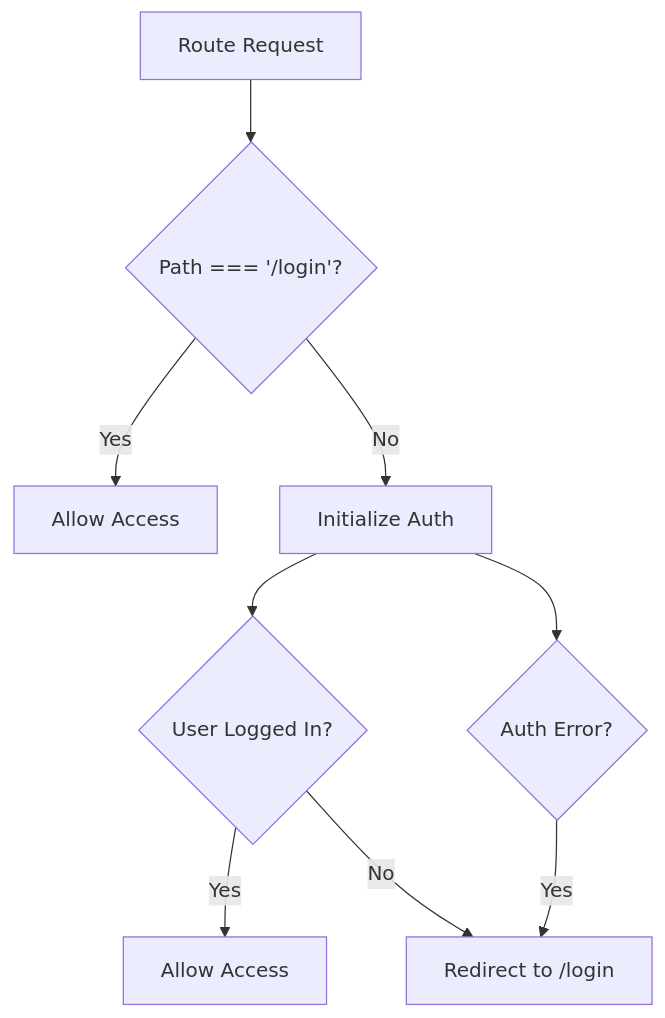
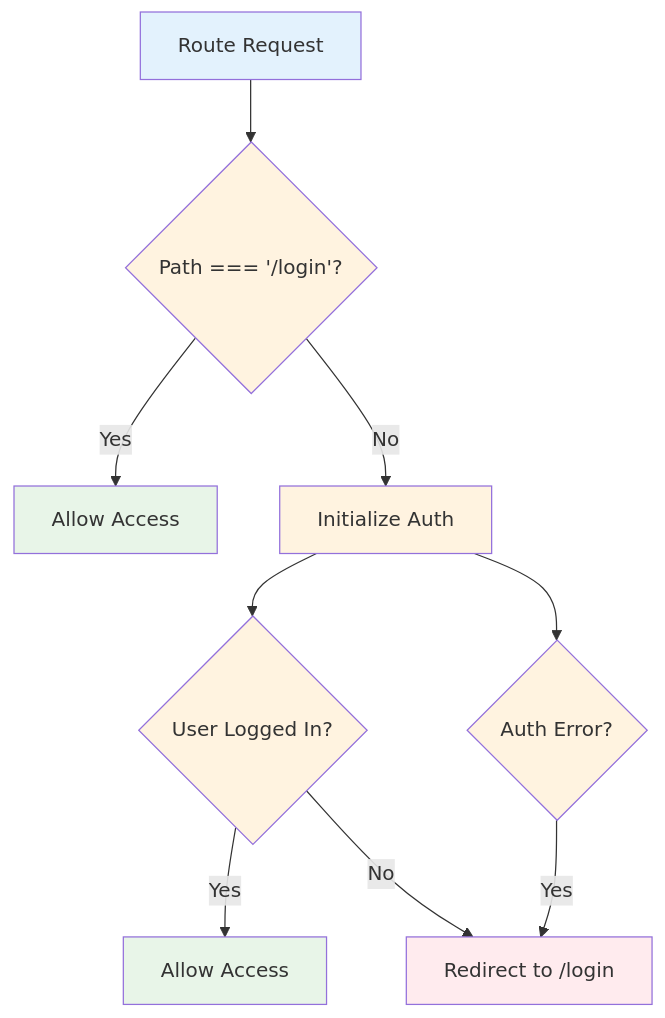
The fourth of 8 diagrams in docs/routing-configuration.md (simonMoon83/nuxttest), drawn with Mermaid before and after one commit. The commit also changed other lines of this file and 1 other file, not shown here.

````diff
--- a/docs/routing-configuration.md
+++ b/docs/routing-configuration.md
@@ -138,11 +215,20 @@
 ```mermaid
 flowchart TD
     A[Route Request] --> B{Path === '/login'?}
     B -->|Yes| C[Allow Access]
     B -->|No| D[Initialize Auth]
     D --> E{User Logged In?}
     E -->|Yes| F[Allow Access]
     E -->|No| G[Redirect to /login]
     D --> H{Auth Error?}
     H -->|Yes| G
+
+    style A fill:#e3f2fd
+    style B fill:#fff3e0
+    style C fill:#e8f5e8
+    style D fill:#fff3e0
+    style E fill:#fff3e0
+    style F fill:#e8f5e8
+    style G fill:#ffebee
+    style H fill:#fff3e0
 ```
````
